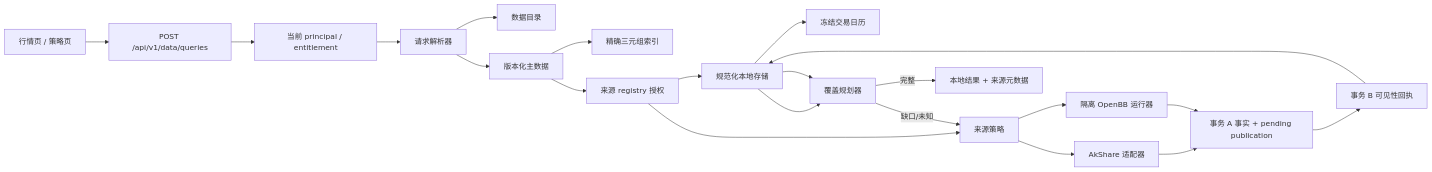
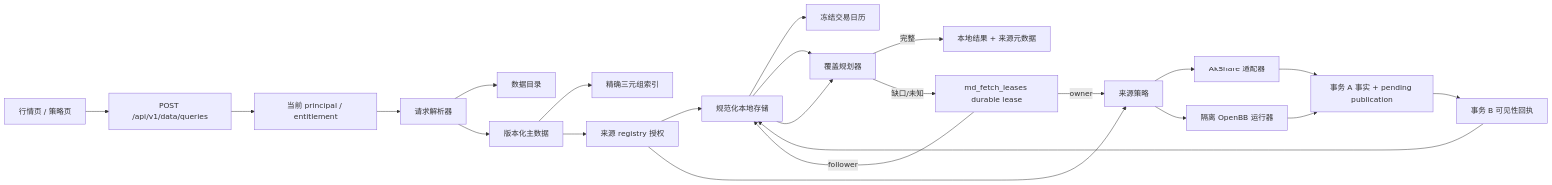
The diagram in docs/iterations/迭代197-本地优先市场数据中台/DESIGN.md (cloudQuant/backtrader_web), drawn with Mermaid before and after one commit. The commit also changed other lines of this file and 31 other files, not shown here.

````diff
--- a/docs/iterations/迭代197-本地优先市场数据中台/DESIGN.md
+++ b/docs/iterations/迭代197-本地优先市场数据中台/DESIGN.md
@@ -7,23 +7,25 @@
 ```mermaid
 flowchart LR
   UI[行情页 / 策略页] --> API[POST /api/v1/data/queries]
   API --> AUTH[当前 principal / entitlement]
   AUTH --> R[请求解析器]
   R --> C[数据目录]
   R --> I[版本化主数据]
   I --> K[精确三元组索引]
   I --> SA[来源 registry 授权]
   SA --> S[规范化本地存储]
   SA --> POLICY[来源策略]
   S --> CAL[冻结交易日历]
   S --> PLAN[覆盖规划器]
   PLAN -->|完整| OUT[本地结果 + 来源元数据]
-  PLAN -->|缺口/未知| POLICY
+  PLAN -->|缺口/未知| LEASE[md_fetch_leases durable lease]
+  LEASE -->|owner| POLICY[来源策略]
+  LEASE -->|follower| S
   POLICY --> AK[AkShare 适配器]
   POLICY --> OBB[隔离 OpenBB 运行器]
   AK --> TXA[事务 A 事实 + pending publication]
   OBB --> TXA
   TXA --> TXB[事务 B 可见性回执]
   TXB --> S
   S --> PLAN
 ```
````
